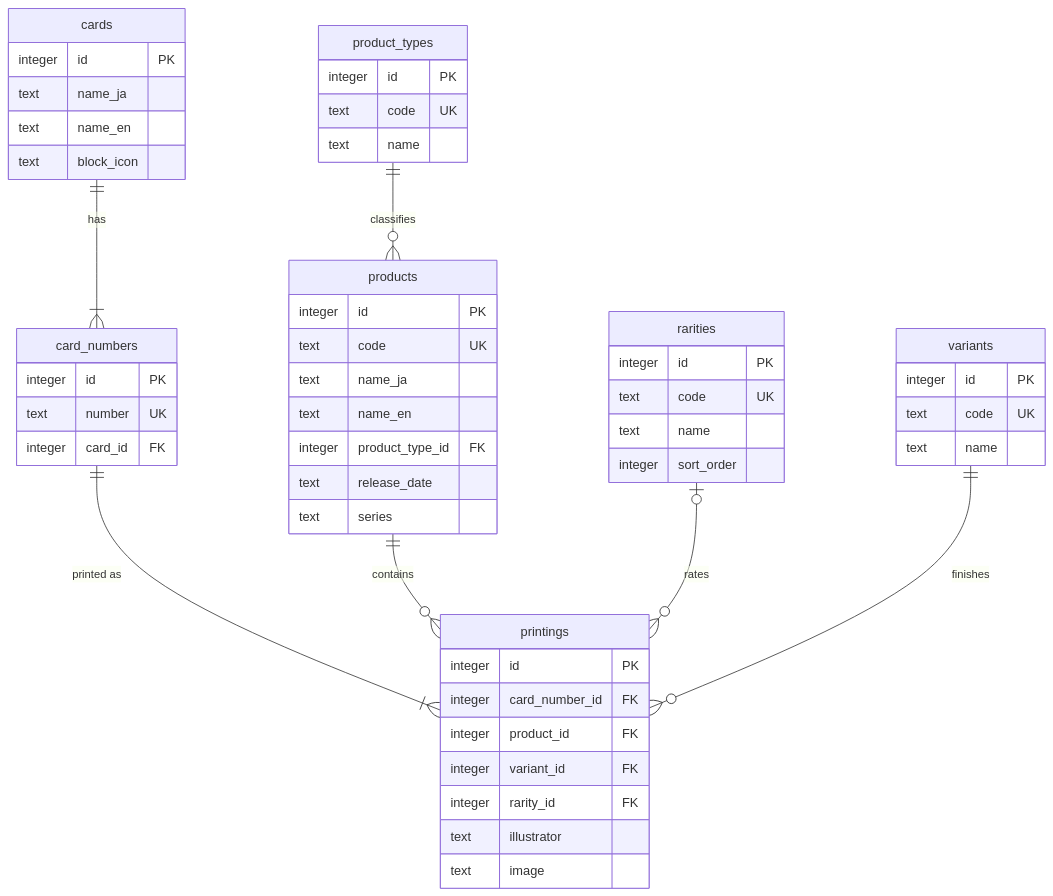
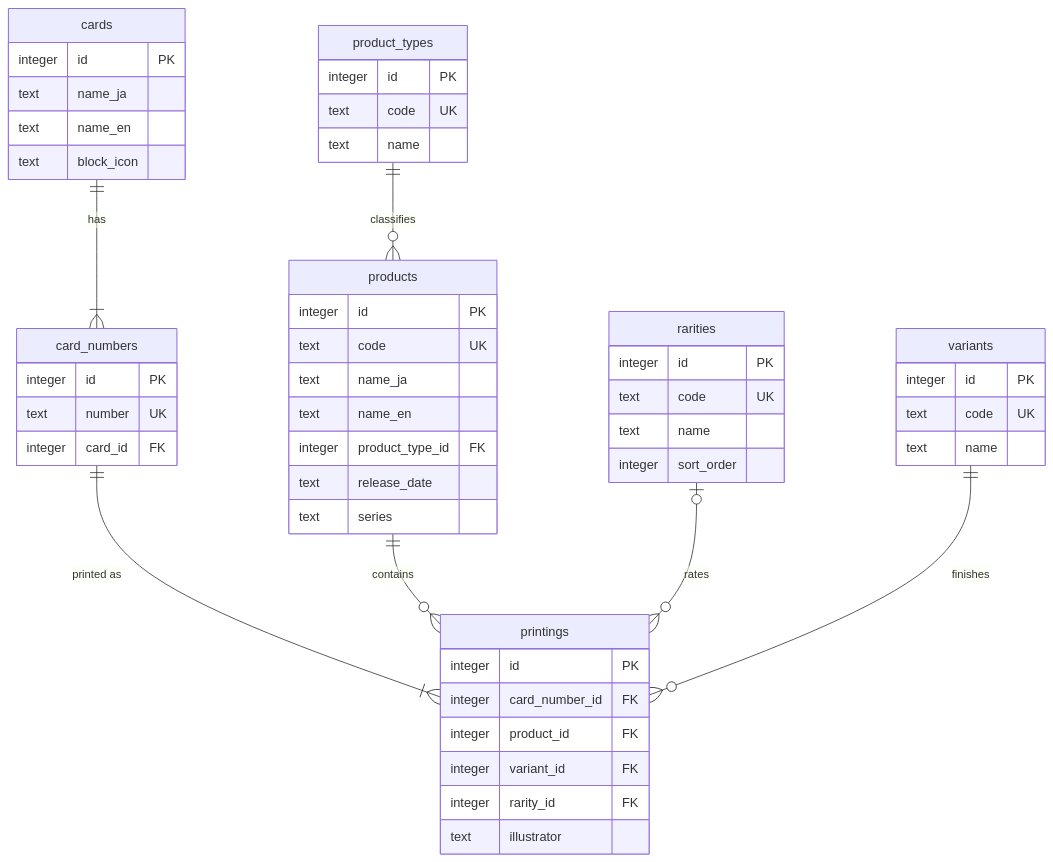
One commit to AleFire99/BS_Database changed the first of 6 diagrams in docs/data-model/target-schema.md. Above: the diagram before and after it, drawn with Mermaid. The commit also changed other lines of this file and 1 other file, not shown here.

First line of the commit message:
docs(data-model): add effects, text, provenance and image model

````diff
--- a/docs/data-model/target-schema.md
+++ b/docs/data-model/target-schema.md
@@ -9,55 +9,54 @@
 ```mermaid
 erDiagram
     cards ||--|{ card_numbers : "has"
     card_numbers ||--|{ printings : "printed as"
     products ||--o{ printings : "contains"
     product_types ||--o{ products : "classifies"
     rarities |o--o{ printings : "rates"
     variants ||--o{ printings : "finishes"
 
     cards {
         integer id PK
         text name_ja
         text name_en
         text block_icon
     }
     card_numbers {
         integer id PK
         text number UK
         integer card_id FK
     }
     printings {
         integer id PK
         integer card_number_id FK
         integer product_id FK
         integer variant_id FK
         integer rarity_id FK
         text illustrator
-        text image
     }
     products {
         integer id PK
         text code UK
         text name_ja
         text name_en
         integer product_type_id FK
         text release_date
         text series
     }
     product_types {
         integer id PK
         text code UK
         text name
     }
     rarities {
         integer id PK
         text code UK
         text name
         integer sort_order
     }
     variants {
         integer id PK
         text code UK
         text name
     }
 ```
````
